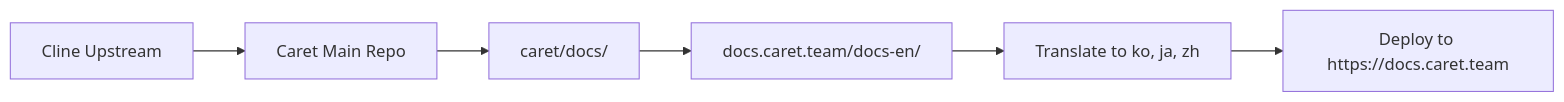
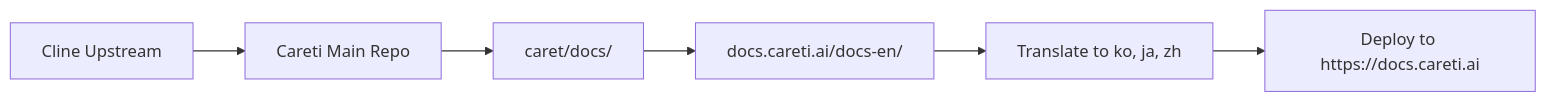
Before and after one commit to aicoding-caret/docs.caret.team: the diagram in README.md, drawn with Mermaid. The commit also changed other lines of this file and 777 other files, not shown here.

First line of the commit message:
feat: rebrand Caret → Careti across all documentation

````diff
--- a/README.md
+++ b/README.md
@@ -258,8 +258,8 @@
 ```mermaid
 graph LR
-    A[Cline Upstream] --> B[Caret Main Repo]
+    A[Cline Upstream] --> B[Careti Main Repo]
     B --> C[caret/docs/]
-    C --> D[docs.caret.team/docs-en/]
+    C --> D[docs.careti.ai/docs-en/]
     D --> E[Translate to ko, ja, zh]
-    E --> F[Deploy to https://docs.caret.team]
+    E --> F[Deploy to https://docs.careti.ai]
 ```
````
